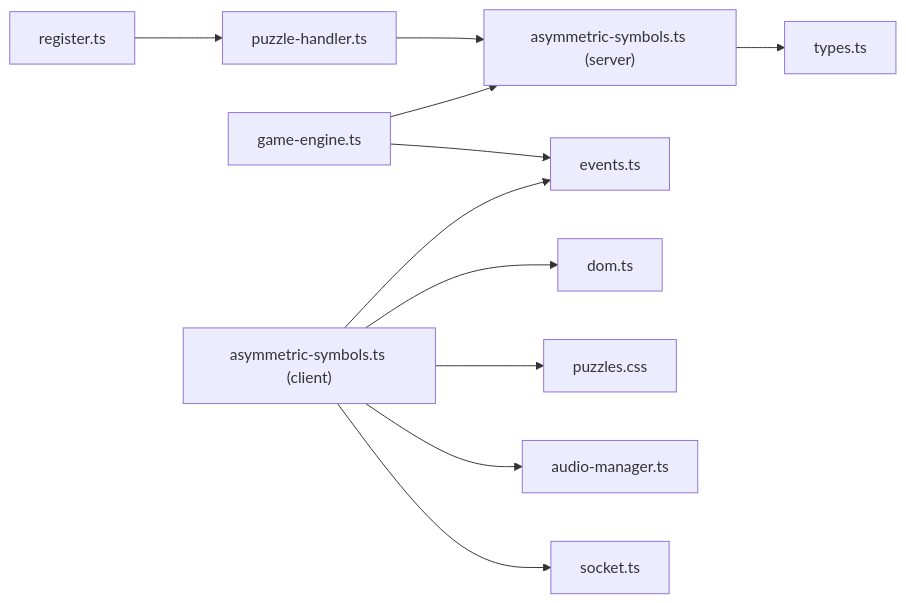
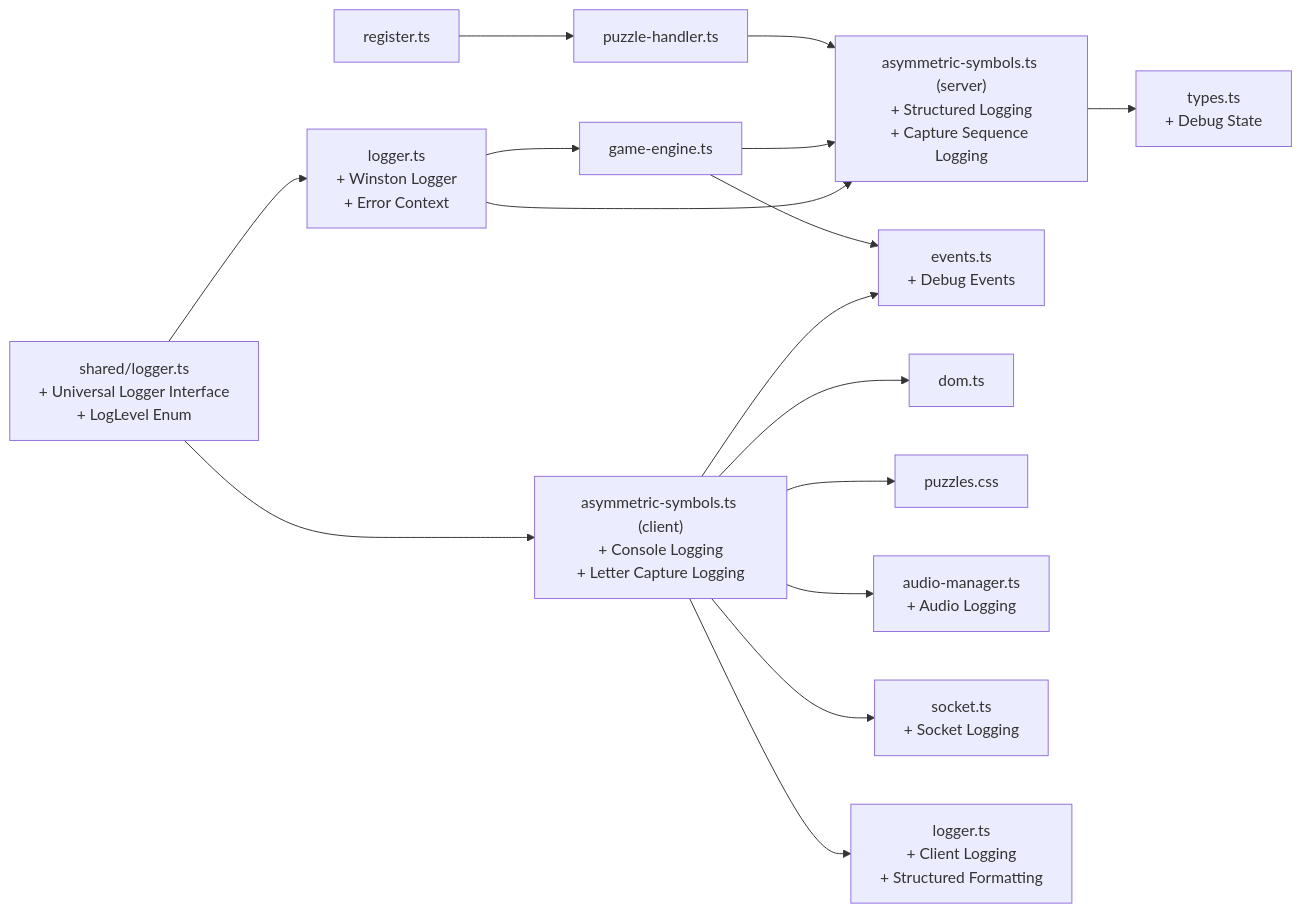
One commit to dkoukoul/escape-room-mvp changed the ninth of 9 diagrams in .qoder/repowiki/en/content/Puzzle System/Asymmetric Symbols Puzzle.md. Above: the diagram before and after it, drawn with Mermaid. The commit also changed other lines of this file and 21 other files, not shown here.

````diff
--- a/.qoder/repowiki/en/content/Puzzle System/Asymmetric Symbols Puzzle.md
+++ b/.qoder/repowiki/en/content/Puzzle System/Asymmetric Symbols Puzzle.md
@@ -367,13 +582,18 @@
 ```mermaid
 graph LR
 Reg["register.ts"] --> PH["puzzle-handler.ts"]
-PH --> ASH["asymmetric-symbols.ts (server)"]
+PH --> ASH["asymmetric-symbols.ts (server)<br/>+ Structured Logging<br/>+ Capture Sequence Logging"]
 GE["game-engine.ts"] --> ASH
-GE --> Events["events.ts"]
-ASH --> Types["types.ts"]
-AC["asymmetric-symbols.ts (client)"] --> Dom["dom.ts"]
+GE --> Events["events.ts<br/>+ Debug Events"]
+ASH --> Types["types.ts<br/>+ Debug State"]
+AC["asymmetric-symbols.ts (client)<br/>+ Console Logging<br/>+ Letter Capture Logging"] --> Dom["dom.ts"]
 AC --> Css["puzzles.css"]
-AC --> Audio["audio-manager.ts"]
+AC --> Audio["audio-manager.ts<br/>+ Audio Logging"]
 AC --> Events
-AC --> Socket["socket.ts"]
+AC --> Socket["socket.ts<br/>+ Socket Logging"]
+AC --> Logger["logger.ts<br/>+ Client Logging<br/>+ Structured Formatting"]
+SL["logger.ts<br/>+ Winston Logger<br/>+ Error Context"] --> ASH
+SL --> GE
+UL["shared/logger.ts<br/>+ Universal Logger Interface<br/>+ LogLevel Enum"] --> SL
+UL --> AC
 ```
````
